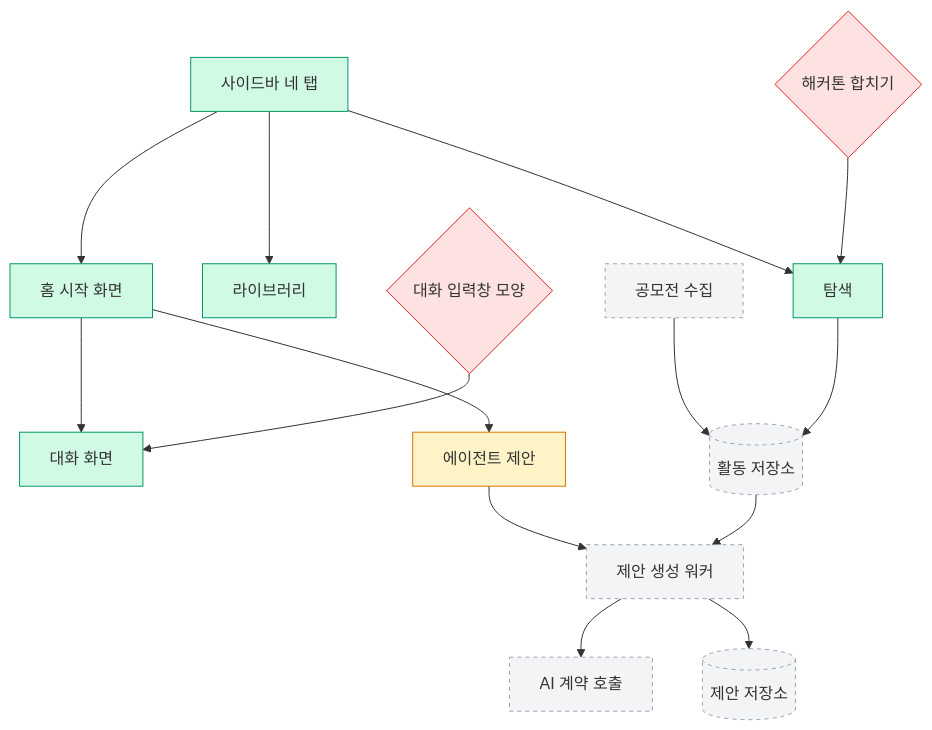
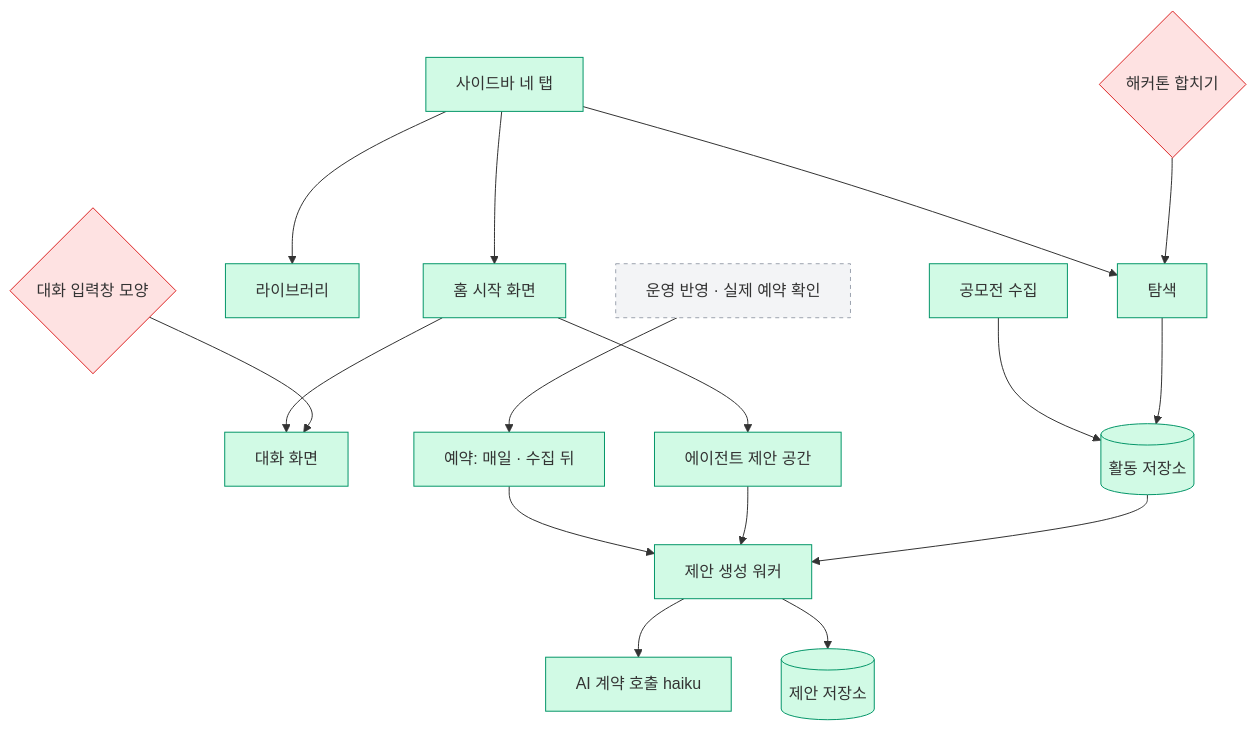
The diagram in .sitrep/sessions/20261115-1330-agent-home/arch.mmd (Expresso-Organization/expresso), drawn with Mermaid before and after one commit. The commit also changed 61 other files, not shown here.

First line of the commit message:
feat: 에이전트 능동 제안과 공모전 수집 추가

```diff
--- a/.sitrep/sessions/20261115-1330-agent-home/arch.mmd
+++ b/.sitrep/sessions/20261115-1330-agent-home/arch.mmd
@@ -1,18 +1,20 @@
 flowchart TD
   SB["사이드바 네 탭"]:::done --> HOME["홈 시작 화면"]:::done
   SB --> LIB["라이브러리"]:::done
   SB --> EXP["탐색"]:::done
   HOME --> CHAT["대화 화면"]:::done
-  HOME --> PROP["에이전트 제안"]:::doing
-  PROP --> GEN["제안 생성 워커"]:::todo
-  GEN --> AI["AI 계약 호출"]:::todo
-  GEN --> FEED[("제안 저장소")]:::todo
-  ACT["공모전 수집"]:::todo --> ACTDB[("활동 저장소")]:::todo
+  HOME --> PROP["에이전트 제안 공간"]:::done
+  SCH["예약: 매일 · 수집 뒤"]:::done --> GEN["제안 생성 워커"]:::done
+  PROP --> GEN
+  GEN --> AI["AI 계약 호출 haiku"]:::done
+  GEN --> FEED[("제안 저장소")]:::done
+  ACT["공모전 수집"]:::done --> ACTDB[("활동 저장소")]:::done
   ACTDB --> GEN
   EXP --> ACTDB
   D1{"해커톤 합치기"}:::decide --> EXP
   D2{"대화 입력창 모양"}:::decide --> CHAT
+  OPS["운영 반영 · 실제 예약 확인"]:::todo --> SCH
   classDef done fill:#d1fae5,stroke:#059669
   classDef doing fill:#fef3c7,stroke:#d97706
   classDef decide fill:#fee2e2,stroke:#dc2626
   classDef todo fill:#f3f4f6,stroke:#9ca3af,stroke-dasharray:4
```
